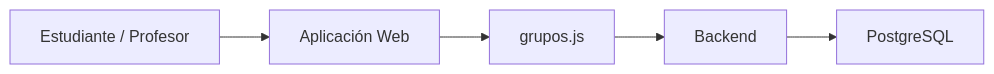
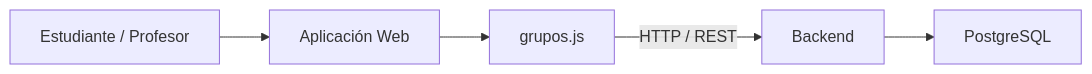
Before and after one commit to pinzon0930-boop/NEVI: the fourth of 10 diagrams in dossier/08-c4-Trazabilidad.md, drawn with Mermaid. The commit also changed other lines of this file, not shown here.

````diff
--- a/dossier/08-c4-Trazabilidad.md
+++ b/dossier/08-c4-Trazabilidad.md
@@ -205,13 +230,14 @@
 ```mermaid
 flowchart LR
+
     U["Estudiante / Profesor"]
-    UI["Aplicación Web"]
+    FE["Aplicación Web"]
     G["grupos.js"]
     API["Backend"]
     DB["PostgreSQL"]
 
-    U --> UI
-    UI --> G
-    G --> API
+    U --> FE
+    FE --> G
+    G -->|"HTTP / REST"| API
     API --> DB
 ```
````
